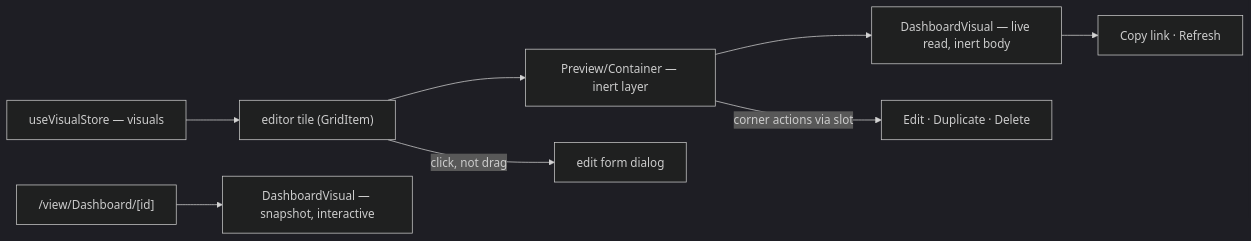
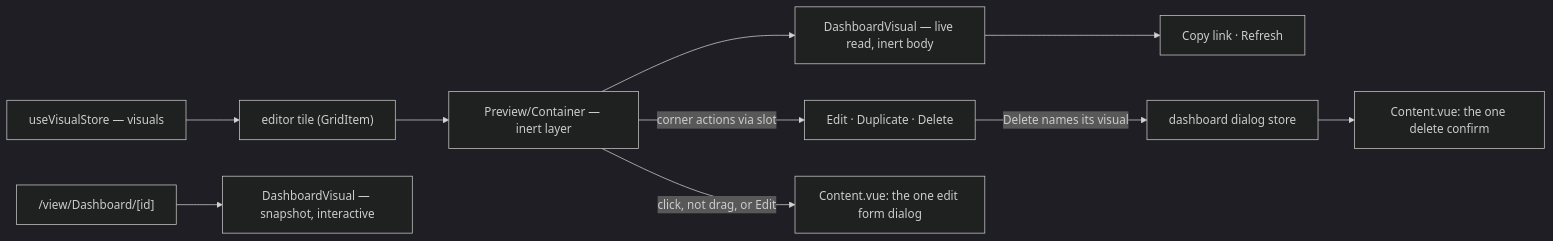
Before and after one commit to Esposter/Esposter: the diagram in openspec/specs/resource/dashboard-live-canvas/design.md, drawn with Mermaid (dark theme). The commit also changed other lines of this file and 6 other files, not shown here.

First line of the commit message:
fix(web): the dashboard editor mounts one delete confirm and one edit form, not one per tile

````diff
--- a/openspec/specs/resource/dashboard-live-canvas/design.md
+++ b/openspec/specs/resource/dashboard-live-canvas/design.md
@@ -9,10 +9,12 @@
 ```mermaid
 flowchart LR
   STORE["useVisualStore — visuals"] --> TILE["editor tile (GridItem)"]
   TILE --> CONTAINER["Preview/Container — inert layer"]
   CONTAINER --> VIS["DashboardVisual — live read, inert body"]
   CONTAINER -->|corner actions via slot| CORNER["Edit · Duplicate · Delete"]
   VIS --> CORNER2["Copy link · Refresh"]
-  TILE -->|click, not drag| EDIT["edit form dialog"]
+  CONTAINER -->|"click, not drag, or Edit"| EDIT["Content.vue: the one edit form dialog"]
+  CORNER -->|"Delete names its visual"| TARGET["dashboard dialog store"]
+  TARGET --> CONFIRM["Content.vue: the one delete confirm"]
   PUB["/view/Dashboard/[id]"] --> VIS2["DashboardVisual — snapshot, interactive"]
 ```
````
